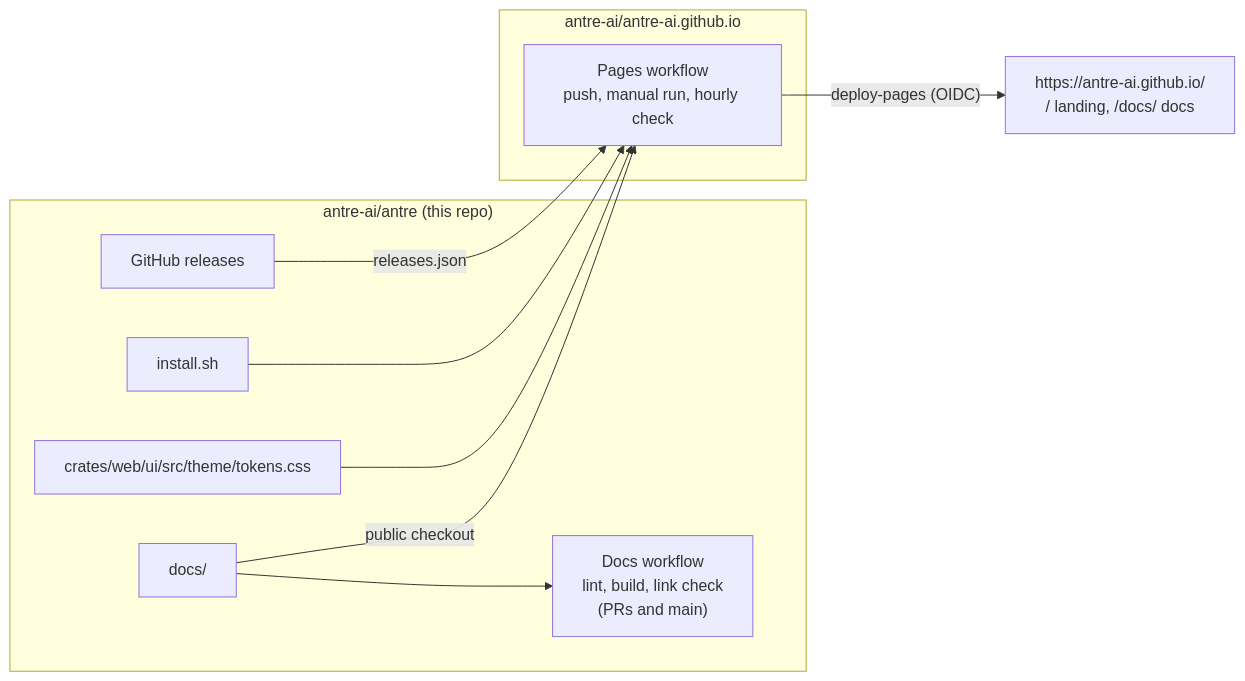
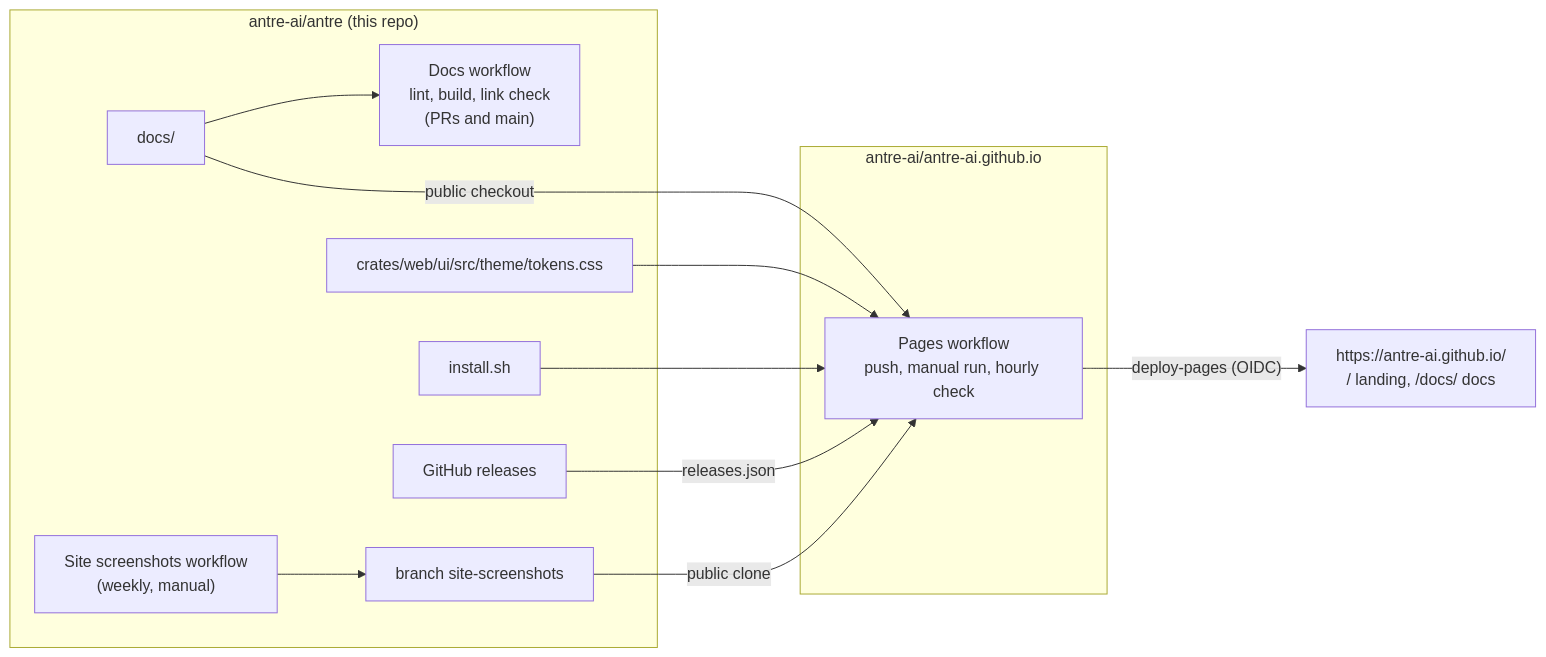
The diagram in docs/README.md (clement-songis/antre), drawn with Mermaid before and after one commit. The commit also changed other lines of this file and 3 other files, not shown here.

First line of the commit message:
feat(site): capture app screenshots for the landing page every week

````diff
--- a/docs/README.md
+++ b/docs/README.md
@@ -30,17 +30,19 @@
 ```mermaid
 flowchart LR
   subgraph antre["antre-ai/antre (this repo)"]
     docs["docs/"] --> ci["Docs workflow<br/>lint, build, link check<br/>(PRs and main)"]
     tokens["crates/web/ui/src/theme/tokens.css"]
     install["install.sh"]
     releases["GitHub releases"]
+    shots["Site screenshots workflow<br/>(weekly, manual)"] --> branch["branch site-screenshots"]
   end
   subgraph site["antre-ai/antre-ai.github.io"]
     pages["Pages workflow<br/>push, manual run, hourly check"]
   end
   docs -- "public checkout" --> pages
   tokens --> pages
   install --> pages
   releases -- "releases.json" --> pages
+  branch -- "public clone" --> pages
   pages -- "deploy-pages (OIDC)" --> web["https://antre-ai.github.io/<br/>/ landing, /docs/ docs"]
 ```
````
